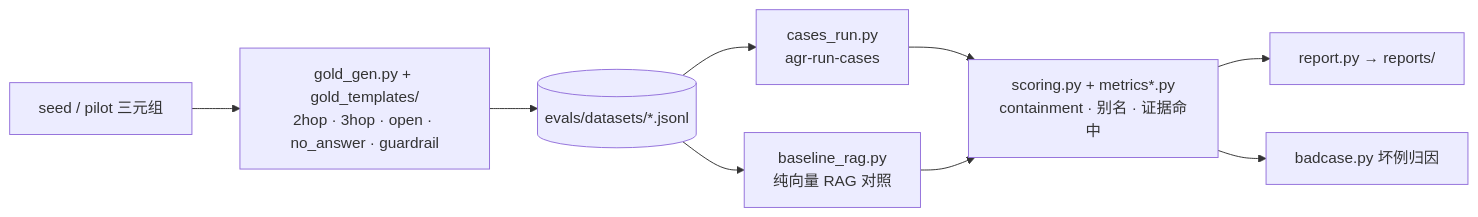
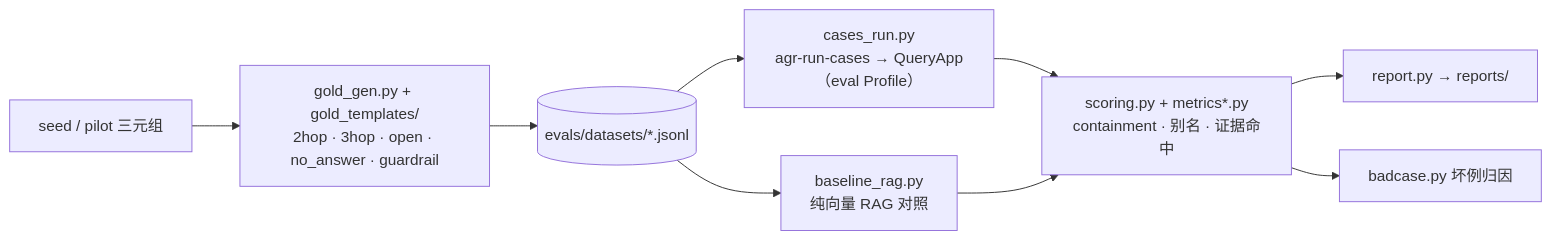
Diagram 16 of 17 in docs/ARCHITECTURE.md (RightCloudhub/AG), drawn with Mermaid before and after one commit. The commit also changed other lines of this file and 154 other files, not shown here.

Commit message:
fix(stores): implement Neo4jGraphStore.list_entities and add it to GraphStore protocol

````diff
--- a/docs/ARCHITECTURE.md
+++ b/docs/ARCHITECTURE.md
@@ -364,11 +422,11 @@
 ```mermaid
 flowchart LR
     SEED["seed / pilot 三元组"] --> GG["gold_gen.py + gold_templates/<br/>2hop · 3hop · open · no_answer · guardrail"]
     GG --> DS[("evals/datasets/*.jsonl")]
-    DS --> RUN["cases_run.py<br/>agr-run-cases"]
+    DS --> RUN["cases_run.py<br/>agr-run-cases → QueryApp（eval Profile）"]
     DS --> BASE["baseline_rag.py<br/>纯向量 RAG 对照"]
     RUN --> SC["scoring.py + metrics*.py<br/>containment · 别名 · 证据命中"]
     BASE --> SC
     SC --> REP["report.py → reports/"]
     SC --> BAD["badcase.py 坏例归因"]
 ```
````
